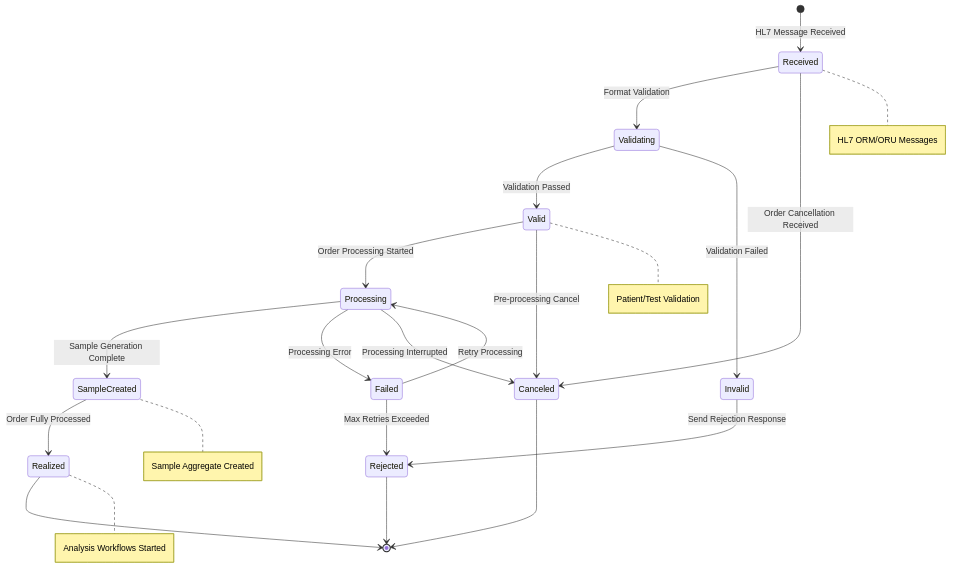
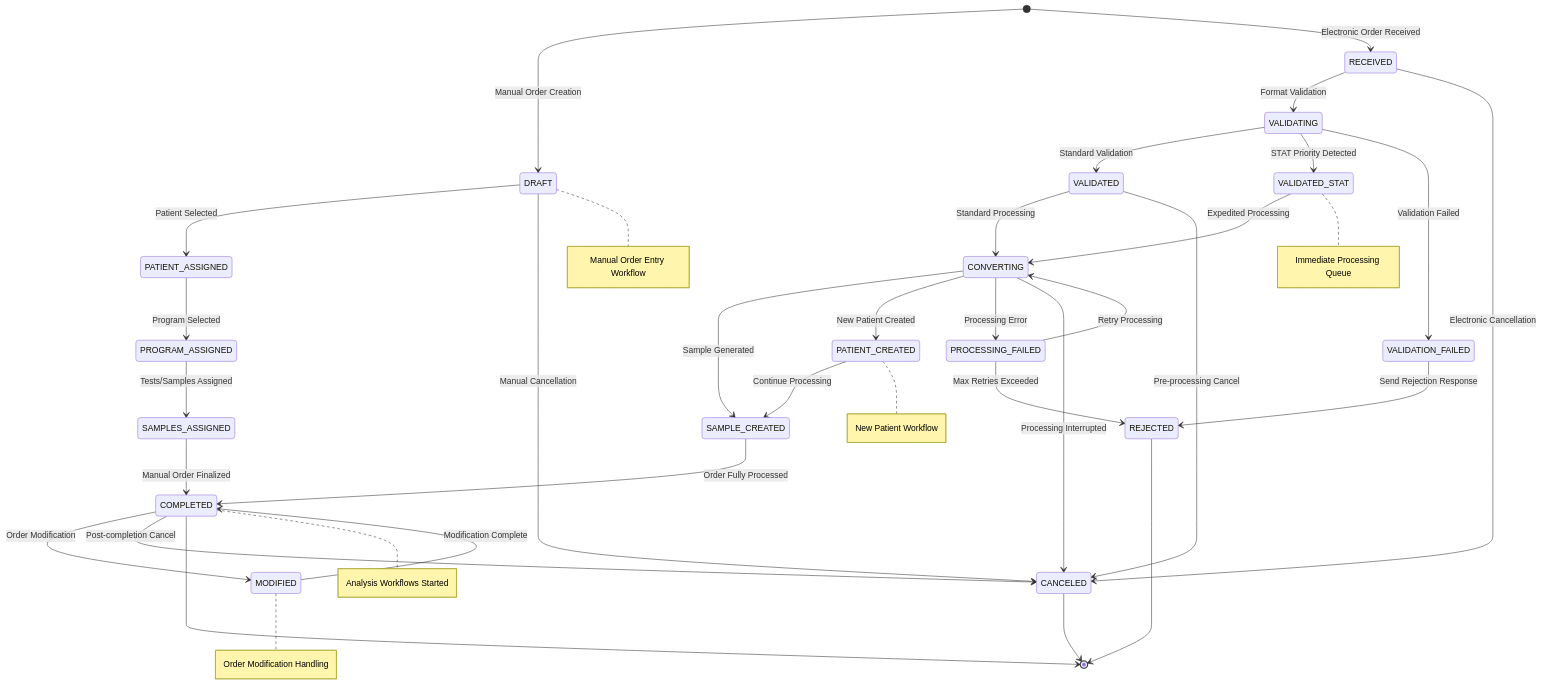
The second of 8 diagrams in docs/code-analysis/event-sourcing/06-order-aggregate-lifecycle.md (mean-machine-gc/openlis-global-code-analysis), drawn with Mermaid before and after one commit. The commit also changed other lines of this file and 9 other files, not shown here.

````diff
--- a/docs/code-analysis/event-sourcing/06-order-aggregate-lifecycle.md
+++ b/docs/code-analysis/event-sourcing/06-order-aggregate-lifecycle.md
@@ -44,28 +44,44 @@
 ```mermaid
 stateDiagram-v2
-    [*] --> Received : HL7 Message Received
-    Received --> Validating : Format Validation
-    Validating --> Valid : Validation Passed
-    Validating --> Invalid : Validation Failed
-    Valid --> Processing : Order Processing Started
-    Processing --> SampleCreated : Sample Generation Complete
-    SampleCreated --> Realized : Order Fully Processed
+    [*] --> DRAFT : Manual Order Creation
+    [*] --> RECEIVED : Electronic Order Received
     
-    Invalid --> Rejected : Send Rejection Response
-    Processing --> Failed : Processing Error
-    Failed --> Processing : Retry Processing
-    Failed --> Rejected : Max Retries Exceeded
+    DRAFT --> PATIENT_ASSIGNED : Patient Selected
+    PATIENT_ASSIGNED --> PROGRAM_ASSIGNED : Program Selected
+    PROGRAM_ASSIGNED --> SAMPLES_ASSIGNED : Tests/Samples Assigned
+    SAMPLES_ASSIGNED --> COMPLETED : Manual Order Finalized
     
-    Received --> Canceled : Order Cancellation Received
-    Valid --> Canceled : Pre-processing Cancel
-    Processing --> Canceled : Processing Interrupted
+    RECEIVED --> VALIDATING : Format Validation
+    VALIDATING --> VALIDATED : Standard Validation
+    VALIDATING --> VALIDATED_STAT : STAT Priority Detected
+    VALIDATING --> VALIDATION_FAILED : Validation Failed
+    VALIDATED --> CONVERTING : Standard Processing
+    VALIDATED_STAT --> CONVERTING : Expedited Processing
+    CONVERTING --> SAMPLE_CREATED : Sample Generated
+    CONVERTING --> PATIENT_CREATED : New Patient Created
+    PATIENT_CREATED --> SAMPLE_CREATED : Continue Processing
+    SAMPLE_CREATED --> COMPLETED : Order Fully Processed
+    COMPLETED --> MODIFIED : Order Modification
+    MODIFIED --> COMPLETED : Modification Complete
     
-    Realized --> [*]
-    Rejected --> [*]
-    Canceled --> [*]
+    VALIDATION_FAILED --> REJECTED : Send Rejection Response
+    CONVERTING --> PROCESSING_FAILED : Processing Error
+    PROCESSING_FAILED --> CONVERTING : Retry Processing
+    PROCESSING_FAILED --> REJECTED : Max Retries Exceeded
     
-    note right of Received : HL7 ORM/ORU Messages
-    note right of Valid : Patient/Test Validation
-    note right of SampleCreated : Sample Aggregate Created
-    note right of Realized : Analysis Workflows Started
+    DRAFT --> CANCELED : Manual Cancellation
+    RECEIVED --> CANCELED : Electronic Cancellation
+    VALIDATED --> CANCELED : Pre-processing Cancel
+    CONVERTING --> CANCELED : Processing Interrupted
+    COMPLETED --> CANCELED : Post-completion Cancel
+    
+    COMPLETED --> [*]
+    REJECTED --> [*]
+    CANCELED --> [*]
+    
+    note right of DRAFT : Manual Order Entry Workflow
+    note right of VALIDATED_STAT : Immediate Processing Queue
+    note right of PATIENT_CREATED : New Patient Workflow
+    note right of MODIFIED : Order Modification Handling
+    note right of COMPLETED : Analysis Workflows Started
 ```
````
